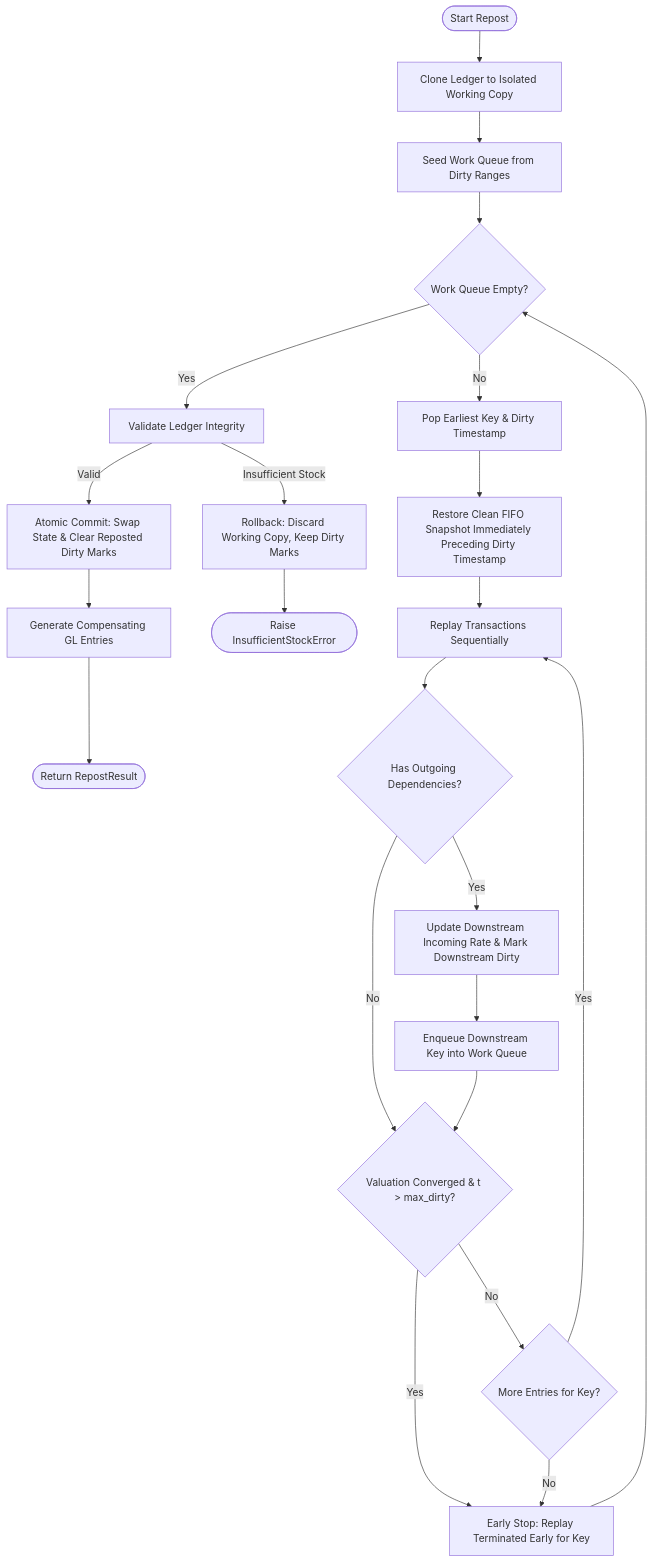
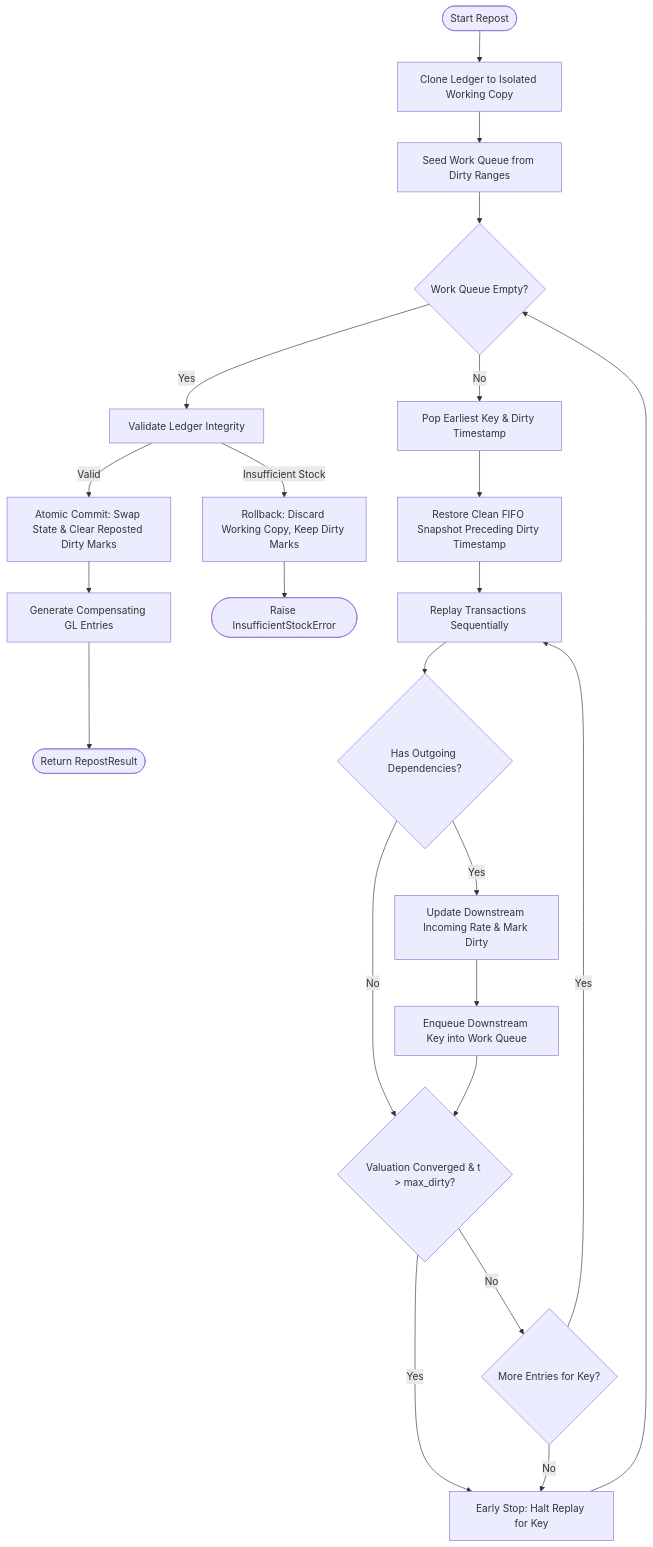
Before and after one commit to nahusha25/fifo-repost-engine: the diagram in README.md, drawn with Mermaid. The commit also changed other lines of this file and 1 other file, not shown here.

````diff
--- a/README.md
+++ b/README.md
@@ -45,26 +48,25 @@
 ```mermaid
 flowchart TD
     Start([Start Repost]) --> Clone[Clone Ledger to Isolated Working Copy]
     Clone --> Seed[Seed Work Queue from Dirty Ranges]
     Seed --> CheckQueue{Work Queue Empty?}
     CheckQueue -- Yes --> Validate[Validate Ledger Integrity]
     Validate -- Valid --> Commit[Atomic Commit: Swap State & Clear Reposted Dirty Marks]
     Commit --> GenGL[Generate Compensating GL Entries]
     GenGL --> Finish([Return RepostResult])
     Validate -- Insufficient Stock --> Rollback[Rollback: Discard Working Copy, Keep Dirty Marks]
     Rollback --> Err([Raise InsufficientStockError])
-    
     CheckQueue -- No --> Pop[Pop Earliest Key & Dirty Timestamp]
-    Pop --> Rewind[Restore Clean FIFO Snapshot Immediately Preceding Dirty Timestamp]
+    Pop --> Rewind[Restore Clean FIFO Snapshot Preceding Dirty Timestamp]
     Rewind --> Replay[Replay Transactions Sequentially]
     Replay --> DepCheck{Has Outgoing Dependencies?}
-    DepCheck -- Yes --> UpdateDep[Update Downstream Incoming Rate & Mark Downstream Dirty]
+    DepCheck -- Yes --> UpdateDep[Update Downstream Incoming Rate & Mark Dirty]
     UpdateDep --> EnqueueDep[Enqueue Downstream Key into Work Queue]
     DepCheck -- No --> GateCheck{Valuation Converged & t > max_dirty?}
     EnqueueDep --> GateCheck
-    GateCheck -- Yes --> NextKey[Early Stop: Replay Terminated Early for Key]
+    GateCheck -- Yes --> NextKey[Early Stop: Halt Replay for Key]
     GateCheck -- No --> MoreEntries{More Entries for Key?}
     MoreEntries -- Yes --> Replay
     MoreEntries -- No --> NextKey
     NextKey --> CheckQueue
 ```
````
